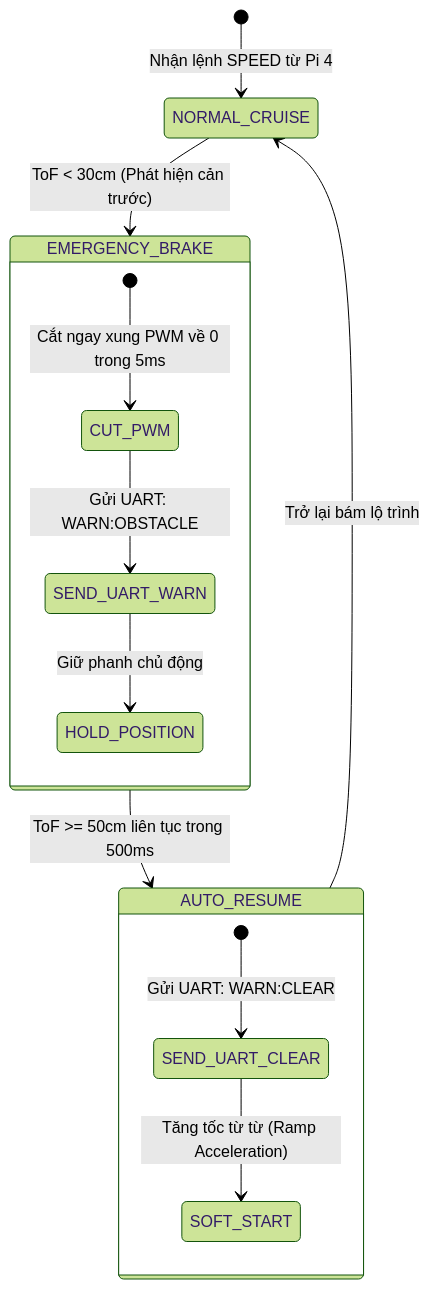
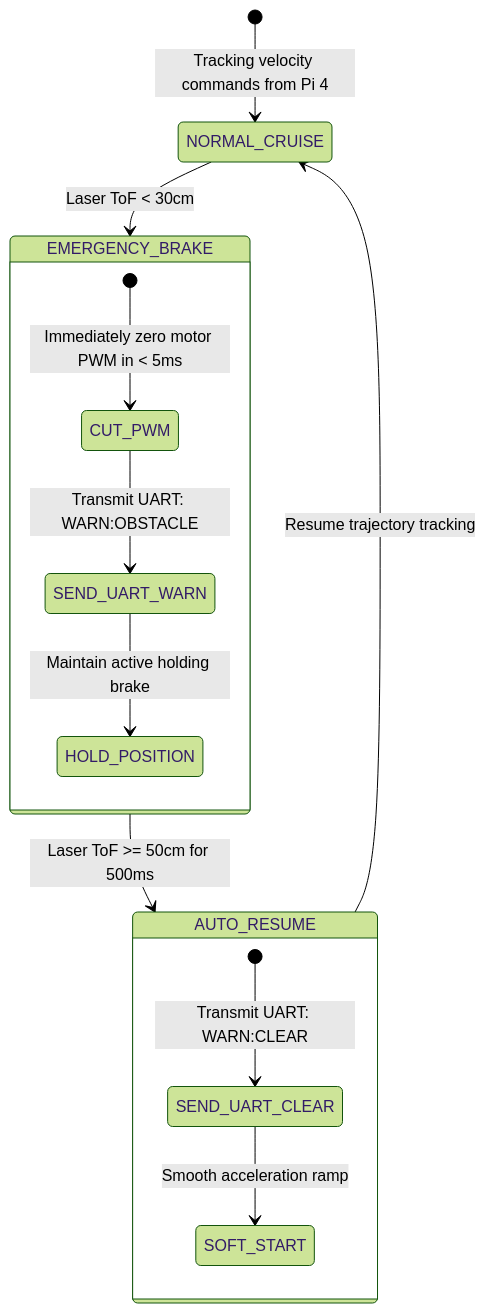
One commit to thanhwin1101/Autonomous-Delivery-Robot changed the third of 3 diagrams in README.md. Above: the diagram before and after it, drawn with Mermaid (forest theme). The commit also changed other lines of this file, not shown here.

Commit message:
docs(readme): rewrite technical specification in English with hardware diagram and design decisions

````diff
--- a/README.md
+++ b/README.md
@@ -278,21 +278,21 @@
 ```mermaid
 stateDiagram-v2
-    [*] --> NORMAL_CRUISE : Nhận lệnh SPEED từ Pi 4
+    [*] --> NORMAL_CRUISE : Tracking velocity commands from Pi 4
     
-    NORMAL_CRUISE --> EMERGENCY_BRAKE : ToF < 30cm (Phát hiện cản trước)
+    NORMAL_CRUISE --> EMERGENCY_BRAKE : Laser ToF < 30cm
     
     state EMERGENCY_BRAKE {
-        [*] --> CUT_PWM : Cắt ngay xung PWM về 0 trong 5ms
-        CUT_PWM --> SEND_UART_WARN : Gửi UART: WARN:OBSTACLE
-        SEND_UART_WARN --> HOLD_POSITION : Giữ phanh chủ động
+        [*] --> CUT_PWM : Immediately zero motor PWM in < 5ms
+        CUT_PWM --> SEND_UART_WARN : Transmit UART: WARN:OBSTACLE
+        SEND_UART_WARN --> HOLD_POSITION : Maintain active holding brake
     }
     
-    EMERGENCY_BRAKE --> AUTO_RESUME : ToF >= 50cm liên tục trong 500ms
+    EMERGENCY_BRAKE --> AUTO_RESUME : Laser ToF >= 50cm for 500ms
     
     state AUTO_RESUME {
-        [*] --> SEND_UART_CLEAR : Gửi UART: WARN:CLEAR
-        SEND_UART_CLEAR --> SOFT_START : Tăng tốc từ từ (Ramp Acceleration)
+        [*] --> SEND_UART_CLEAR : Transmit UART: WARN:CLEAR
+        SEND_UART_CLEAR --> SOFT_START : Smooth acceleration ramp
     }
     
-    AUTO_RESUME --> NORMAL_CRUISE : Trở lại bám lộ trình
+    AUTO_RESUME --> NORMAL_CRUISE : Resume trajectory tracking
 ```
````
